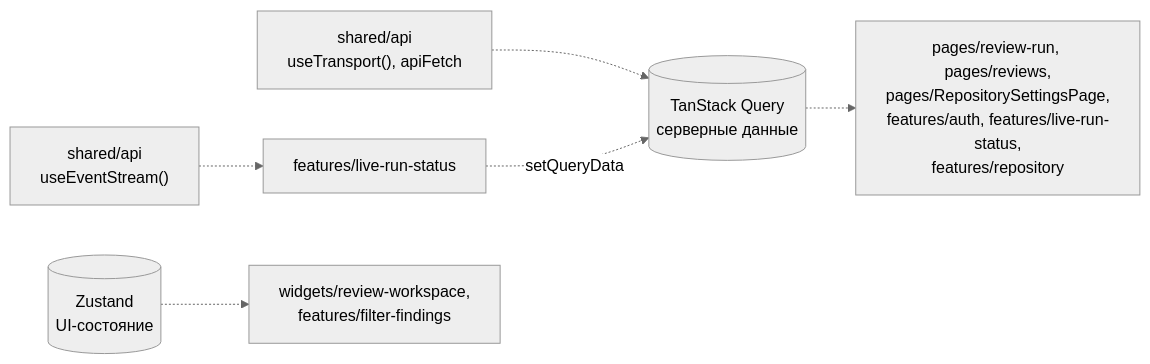
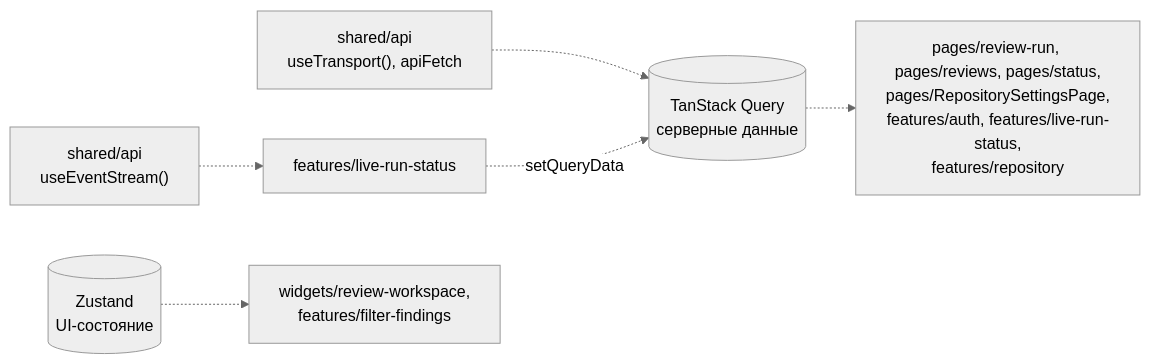
Before and after one commit to larchanka-training/dmc-268-ui-t1: the second of 2 diagrams in FRONTEND_ARCHITECTURE.md, drawn with Mermaid (neutral theme). The commit also changed other lines of this file and 36 other files, not shown here.

````diff
--- a/FRONTEND_ARCHITECTURE.md
+++ b/FRONTEND_ARCHITECTURE.md
@@ -171,8 +173,8 @@
 ```mermaid
 flowchart LR
     s_api["shared/api<br/>useTransport(), apiFetch"] -.-> tq[("TanStack Query<br/>серверные данные")]
     s_es["shared/api<br/>useEventStream()"] -.-> f_live["features/live-run-status"]
     f_live -. setQueryData .-> tq
-    tq -.-> q_owners["pages/review-run, pages/reviews,<br/>pages/RepositorySettingsPage,<br/>features/auth, features/live-run-status,<br/>features/repository"]
+    tq -.-> q_owners["pages/review-run, pages/reviews, pages/status,<br/>pages/RepositorySettingsPage,<br/>features/auth, features/live-run-status,<br/>features/repository"]
     zs[("Zustand<br/>UI-состояние")] -.-> z_owners["widgets/review-workspace,<br/>features/filter-findings"]
 ```
````
